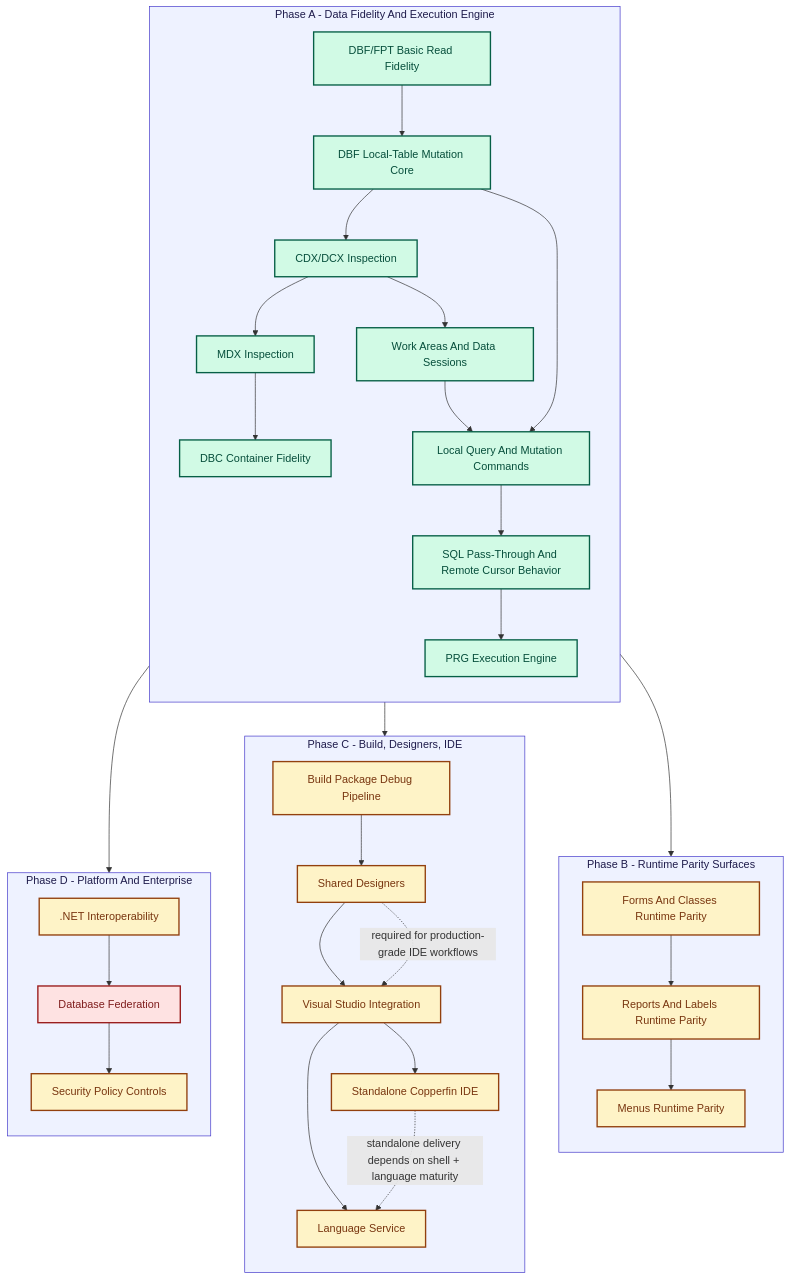
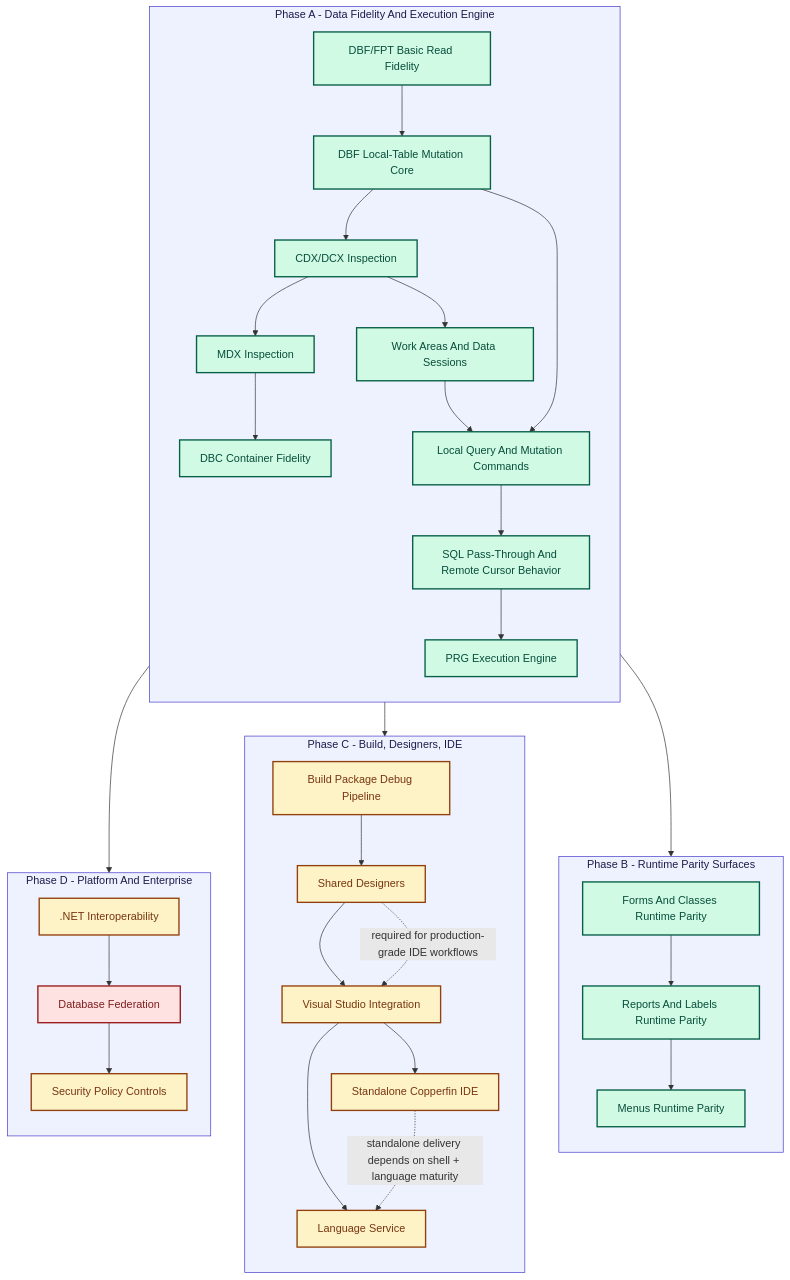
Before and after one commit to rhamenator/Project-Copperfin: the diagram in remaining-work.md, drawn with Mermaid. The commit also changed other lines of this file and 5 other files, not shown here.

````diff
--- a/remaining-work.md
+++ b/remaining-work.md
@@ -53,66 +53,68 @@
 ```mermaid
 flowchart TD
 	classDef done fill:#d1fae5,stroke:#065f46,stroke-width:2px,color:#064e3b;
 	classDef partial fill:#fef3c7,stroke:#92400e,stroke-width:2px,color:#78350f;
 	classDef missing fill:#fee2e2,stroke:#991b1b,stroke-width:2px,color:#7f1d1d;
 	classDef lane fill:#eef2ff,stroke:#4338ca,stroke-width:1px,color:#1e1b4b;
 
 	subgraph P1[Phase A - Data Fidelity And Execution Engine]
 		direction TB
 		A1[DBF/FPT Basic Read Fidelity]
 		A2[DBF Local-Table Mutation Core]
 		A3[CDX/DCX Inspection]
 		A4[MDX Inspection]
 		A5[DBC Container Fidelity]
 		B1[Work Areas And Data Sessions]
 		B2[Local Query And Mutation Commands]
 		B3[SQL Pass-Through And Remote Cursor Behavior]
 		B4[PRG Execution Engine]
 	end
 
 	subgraph P2[Phase B - Runtime Parity Surfaces]
 		direction TB
 		C1[Forms And Classes Runtime Parity]
 		C2[Reports And Labels Runtime Parity]
 		C3[Menus Runtime Parity]
 	end
 
 	subgraph P3[Phase C - Build, Designers, IDE]
 		direction TB
 		D1[Build Package Debug Pipeline]
 		D2[Shared Designers]
 		D3[Visual Studio Integration]
 		D4[Standalone Copperfin IDE]
 		D5[Language Service]
 	end
 
 	subgraph P4[Phase D - Platform And Enterprise]
 		direction TB
 		E1[.NET Interoperability]
 		E2[Database Federation]
 		E3[Security Policy Controls]
 	end
 
 	A1 --> A2 --> A3 --> A4 --> A5
 	A2 --> B2
 	A3 --> B1
 	B1 --> B2 --> B3 --> B4
 
 	B4 --> C1 --> C2 --> C3
 	B4 --> D1 --> D2 --> D3 --> D4
 	D3 --> D5
 	B4 --> E1 --> E2 --> E3
 
 	D2 -. required for production-grade IDE workflows .-> D3
 	D4 -. standalone delivery depends on shell + language maturity .-> D5
 
 	class A1,A2,A3,A4,A5 done;
 
 	class B1,B2,B3,B4 done;
 
-	class C1,C2,C3,D1,D2,D3,D4,D5,E1,E3 partial;
+	class C1,C2,C3 done;
+
+	class D1,D2,D3,D4,D5,E1,E3 partial;
 
 	class E2 missing;
 
 	class P1,P2,P3,P4 lane;
 ```
````
